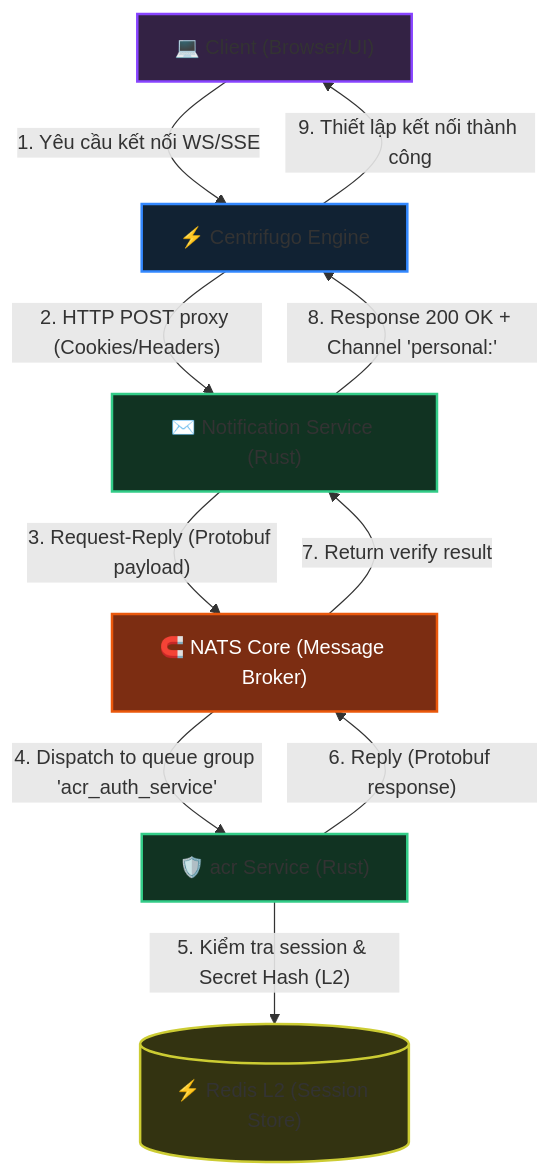
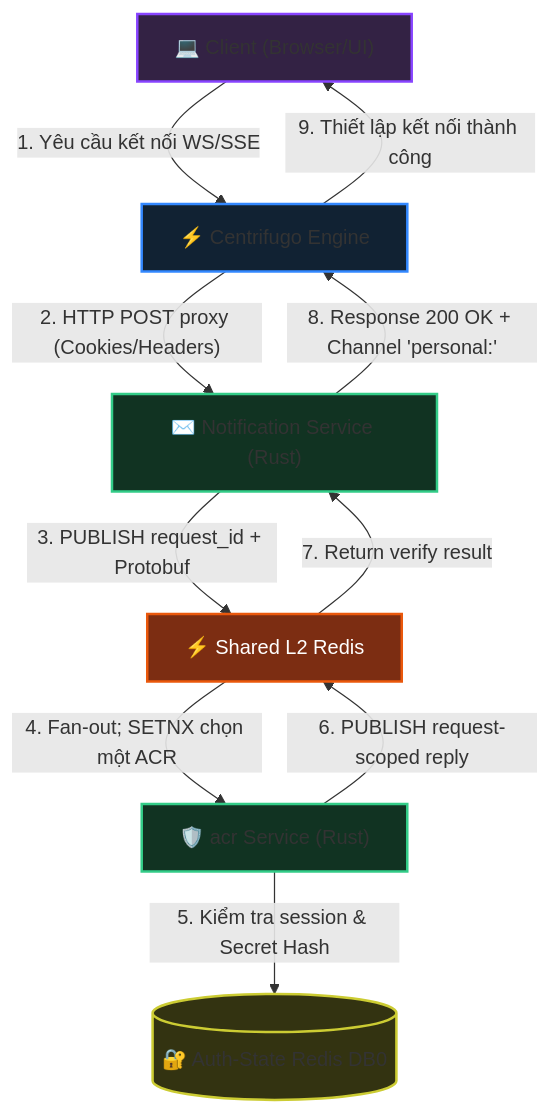
The first of 2 diagrams in god_view/notification/centrifugo_auth_god_view_workflow.md (phucle996/aurora), drawn with Mermaid before and after one commit. The commit also changed other lines of this file and 137 other files, not shown here.

Commit message:
refactor: migrate infrastructure communication from NATS to Redis across controlplane, dataplane, notification-service, cost-manager, and acr modules

````diff
--- a/god_view/notification/centrifugo_auth_god_view_workflow.md
+++ b/god_view/notification/centrifugo_auth_god_view_workflow.md
@@ -33,25 +34,25 @@
 ```mermaid
 graph TD
     classDef client fill:#332244,stroke:#8844ff,stroke-width:2px;
     classDef gateway fill:#112233,stroke:#3388ff,stroke-width:2px;
     classDef edgeService fill:#113322,stroke:#33cc88,stroke-width:2px;
     classDef storage fill:#333311,stroke:#cccc33,stroke-width:2px;
     classDef queue fill:#7c2d12,stroke:#ea580c,color:#ffffff,stroke-width:2px;
 
     Client["💻 Client (Browser/UI)"]:::client
     Centrifugo["⚡ Centrifugo Engine"]:::gateway
     Notification["✉️ Notification Service (Rust)"]:::edgeService
-    NATS["🧲 NATS Core (Message Broker)"]:::queue
+    SharedRedis["⚡ Shared L2 Redis"]:::queue
     acr["🛡️ acr Service (Rust)"]:::edgeService
-    Redis[("⚡ Redis L2 (Session Store)")]:::storage
+    AuthRedis[("🔐 Auth-State Redis DB0")]:::storage
 
     Client -- "1. Yêu cầu kết nối WS/SSE" --> Centrifugo
     Centrifugo -- "2. HTTP POST proxy (Cookies/Headers)" --> Notification
-    Notification -- "3. Request-Reply (Protobuf payload)" --> NATS
-    NATS -- "4. Dispatch to queue group 'acr_auth_service'" --> acr
-    acr -- "5. Kiểm tra session & Secret Hash (L2)" --> Redis
-    acr -- "6. Reply (Protobuf response)" --> NATS
-    NATS -- "7. Return verify result" --> Notification
+    Notification -- "3. PUBLISH request_id + Protobuf" --> SharedRedis
+    SharedRedis -- "4. Fan-out; SETNX chọn một ACR" --> acr
+    acr -- "5. Kiểm tra session & Secret Hash" --> AuthRedis
+    acr -- "6. PUBLISH request-scoped reply" --> SharedRedis
+    SharedRedis -- "7. Return verify result" --> Notification
     Notification -- "8. Response 200 OK + Channel 'personal:<user_id>'" --> Centrifugo
     Centrifugo -- "9. Thiết lập kết nối thành công" --> Client
 ```
````
